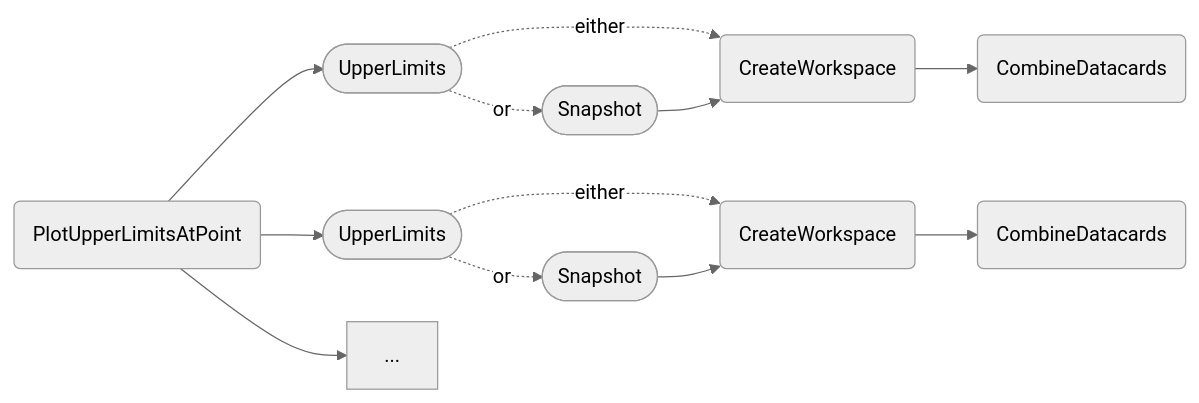
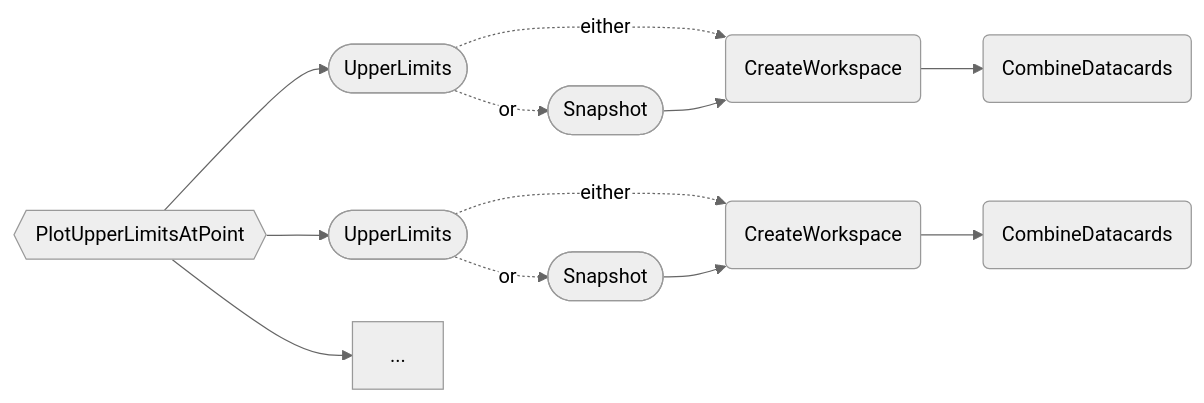
The third of 3 diagrams in docs/content/tasks/limits.md (cms-hh/inference_tools), drawn with Mermaid (neutral theme) before and after one commit. The commit also changed other lines of this file and 20 other files, not shown here.

````diff
--- a/docs/content/tasks/limits.md
+++ b/docs/content/tasks/limits.md
@@ -214,14 +215,14 @@
 ```mermaid
 graph LR;
-    A(PlotUpperLimitsAtPoint) --> B1([UpperLimits]);
+    A{{PlotUpperLimitsAtPoint}} --> B1([UpperLimits]);
     A --> B2([UpperLimits]);
     A --> ...;
     B1 -. either .-> C1(CreateWorkspace);
     B2 -. either .-> C2(CreateWorkspace);
     C1 --> D1(CombineDatacards);
     C2 --> D2(CombineDatacards);
     B1 -. or .-> E1([Snapshot]);
     B2 -. or .-> E2([Snapshot]);
     E1 --> C1;
     E2 --> C2;
 ```
````
